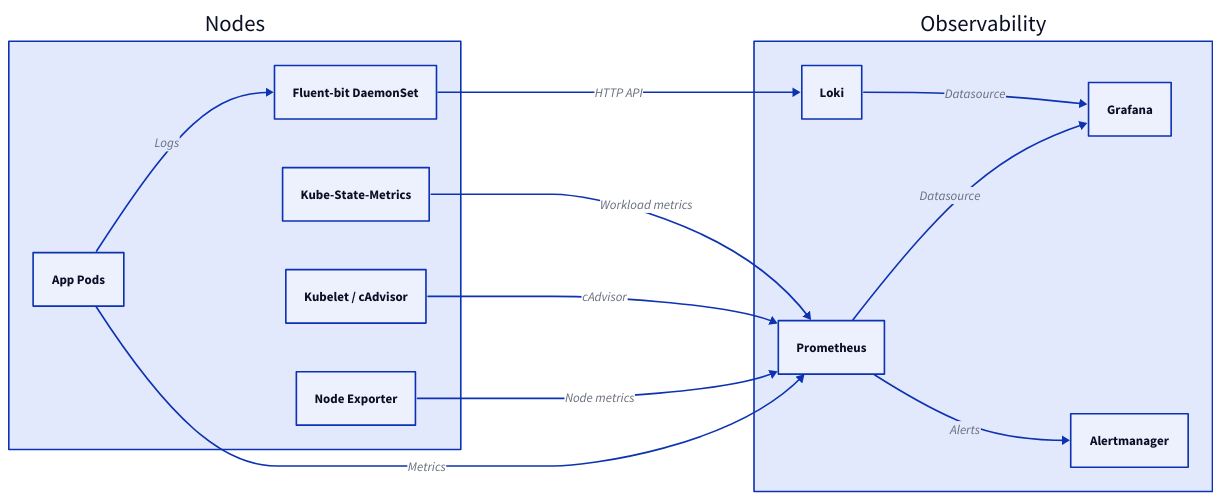
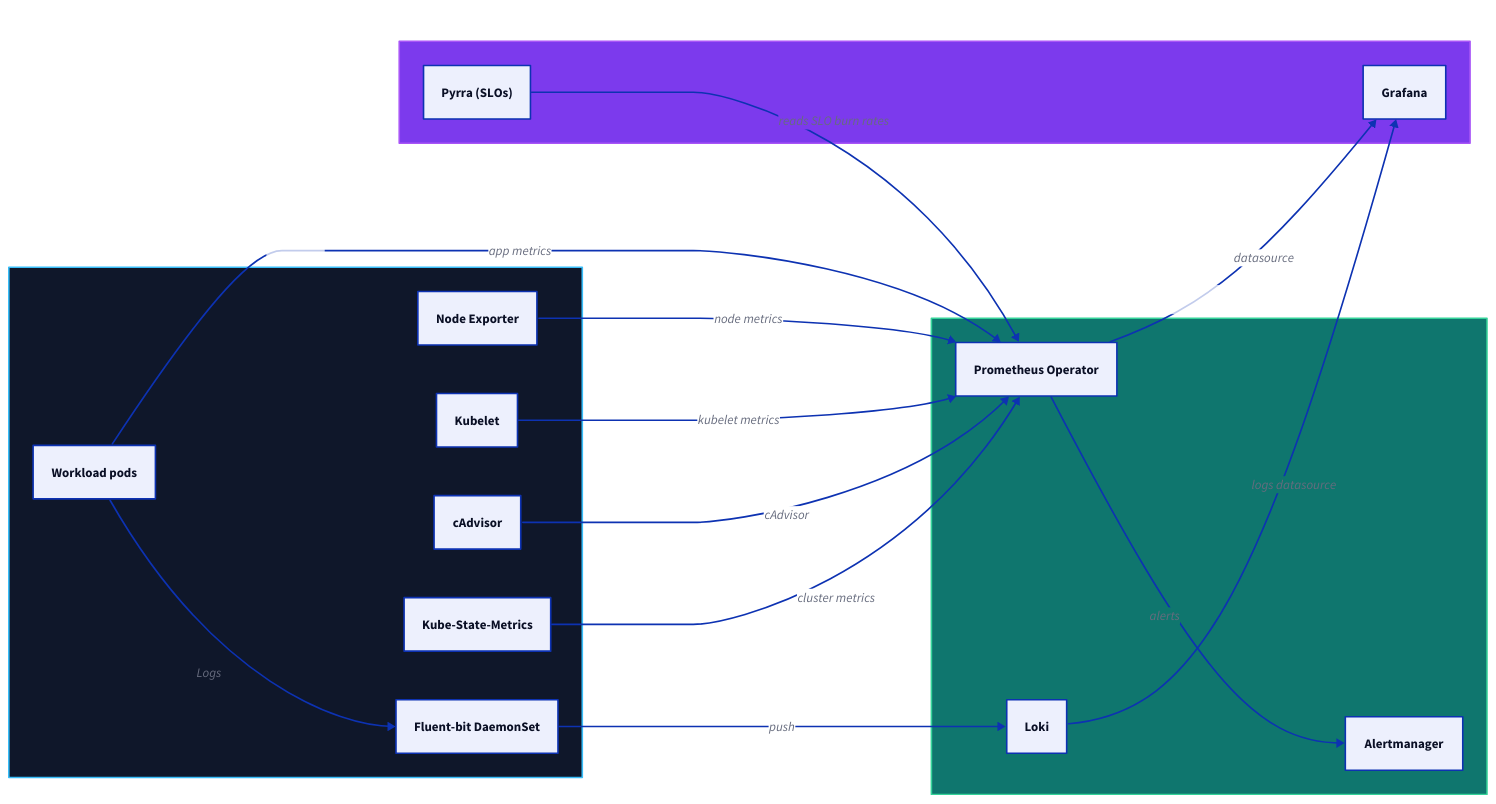
One commit to rou-cru/idp-blueprint changed the diagram in Docs/architecture/observability.md. Above: the diagram before and after it, drawn with D2. The commit also changed other lines of this file and 22 other files, not shown here.

````diff
--- a/Docs/architecture/observability.md
+++ b/Docs/architecture/observability.md
@@ -24,28 +24,42 @@
 ```d2
 direction: right
 
+classes: { infra: { style.fill: "#0f172a"; style.stroke: "#38bdf8"; style.font-color: white }
+           data: { style.fill: "#0f766e"; style.stroke: "#34d399"; style.font-color: white }
+           ui: { style.fill: "#7c3aed"; style.stroke: "#a855f7"; style.font-color: white } }
+
 Nodes: {
-  Pods: "App Pods"
-  FluentBit: "Fluent-bit DaemonSet"
-  NodeExporter: "Node Exporter"
-  Kubelet: "Kubelet / cAdvisor"
+  class: infra
+  Pods: "Workload pods"
+  Fluent: "Fluent-bit DaemonSet"
+  NodeExp: "Node Exporter"
+  Kubelet: "Kubelet"
+  cAdvisor: "cAdvisor"
   KSM: "Kube-State-Metrics"
 }
 
 Observability: {
-  Prometheus
-  Loki
-  Grafana
-  Alertmanager
+  class: data
+  Prom: "Prometheus Operator"
+  Loki: "Loki"
+  Alert: "Alertmanager"
 }
 
-Nodes.Pods -> Nodes.FluentBit: "Logs"
-Nodes.FluentBit -> Observability.Loki: "HTTP API"
-Nodes.Pods -> Observability.Prometheus: "Metrics"
-Nodes.NodeExporter -> Observability.Prometheus: "Node metrics"
-Nodes.Kubelet -> Observability.Prometheus: "cAdvisor"
-Nodes.KSM -> Observability.Prometheus: "Workload metrics"
-Observability.Prometheus -> Observability.Alertmanager: "Alerts"
-Observability.Prometheus -> Observability.Grafana: "Datasource"
-Observability.Loki -> Observability.Grafana: "Datasource"
+UX: {
+  class: ui
+  Grafana: "Grafana"
+  Pyrra: "Pyrra (SLOs)"
+}
+
+Nodes.Pods -> Nodes.Fluent: "Logs"
+Nodes.Fluent -> Observability.Loki: "push"
+Nodes.Pods -> Observability.Prom: "app metrics"
+Nodes.NodeExp -> Observability.Prom: "node metrics"
+Nodes.Kubelet -> Observability.Prom: "kubelet metrics"
+Nodes.cAdvisor -> Observability.Prom: "cAdvisor"
+Nodes.KSM -> Observability.Prom: "cluster metrics"
+Observability.Prom -> Observability.Alert: "alerts"
+Observability.Prom -> UX.Grafana: "datasource"
+Observability.Loki -> UX.Grafana: "logs datasource"
+UX.Pyrra -> Observability.Prom: "reads SLO burn rates"
 ```
````
